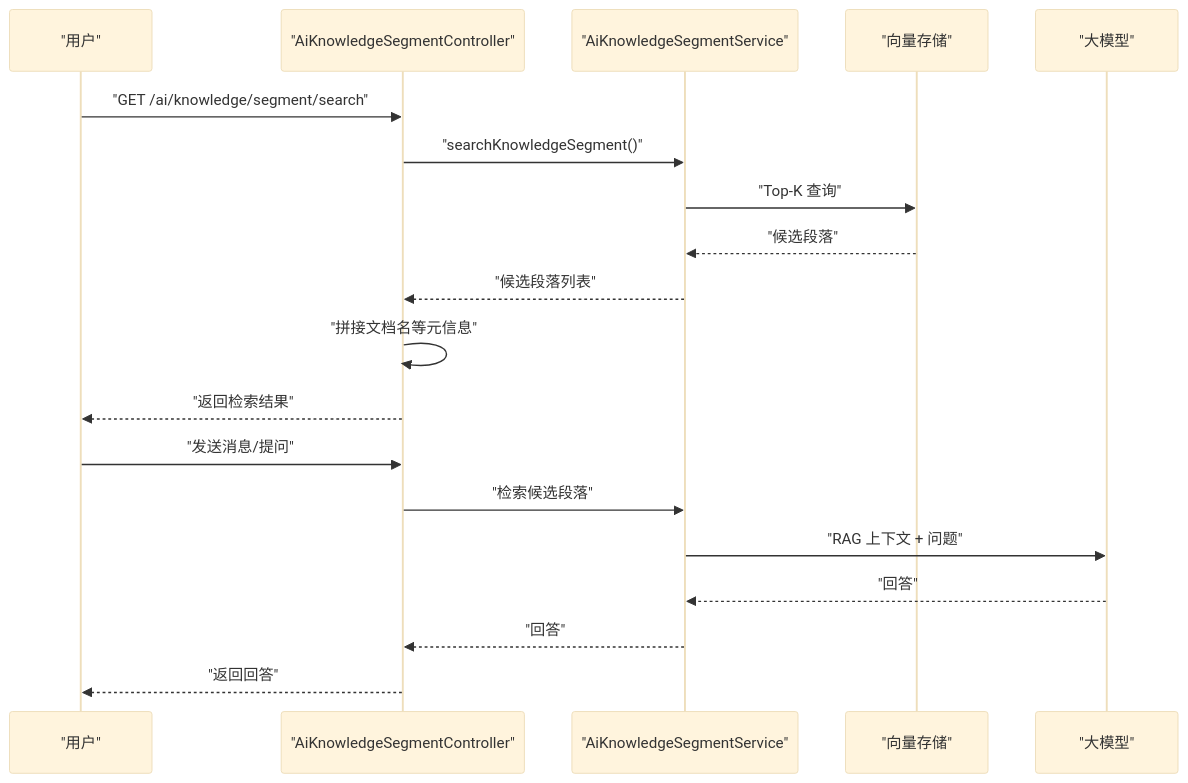
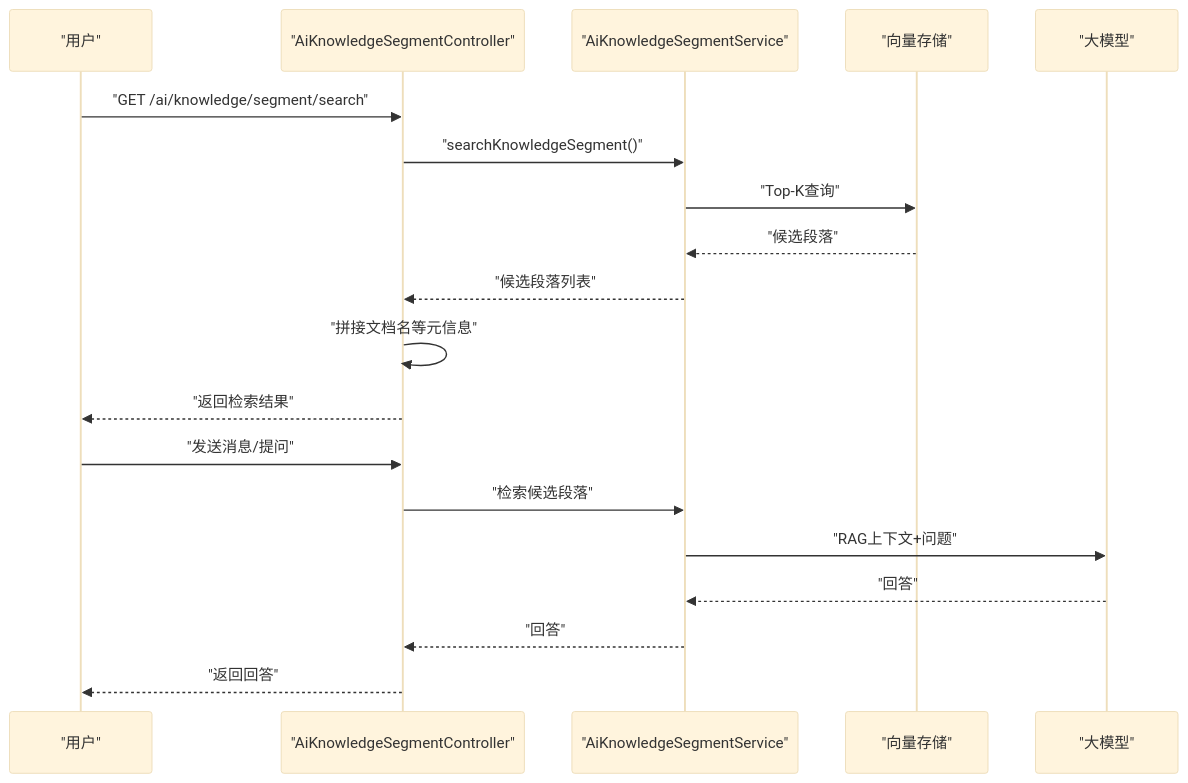
Before and after one commit to X555LB/data-ai: the eighth of 9 diagrams in .qoder/repowiki/zh/content/知识库管理系统/知识库管理系统.md, drawn with Mermaid (base theme). The commit also changed other lines of this file and 11 other files, not shown here.

````diff
--- a/.qoder/repowiki/zh/content/知识库管理系统/知识库管理系统.md
+++ b/.qoder/repowiki/zh/content/知识库管理系统/知识库管理系统.md
@@ -346,21 +415,21 @@
 ```mermaid
 sequenceDiagram
 participant U as "用户"
 participant C as "AiKnowledgeSegmentController"
 participant S as "AiKnowledgeSegmentService"
 participant VS as "向量存储"
 participant M as "大模型"
 U->>C : "GET /ai/knowledge/segment/search"
 C->>S : "searchKnowledgeSegment()"
-S->>VS : "Top-K 查询"
+S->>VS : "Top-K查询"
 VS-->>S : "候选段落"
 S-->>C : "候选段落列表"
 C->>C : "拼接文档名等元信息"
 C-->>U : "返回检索结果"
 U->>C : "发送消息/提问"
 C->>S : "检索候选段落"
-S->>M : "RAG 上下文 + 问题"
+S->>M : "RAG上下文+问题"
 M-->>S : "回答"
 S-->>C : "回答"
 C-->>U : "返回回答"
 ```
````
